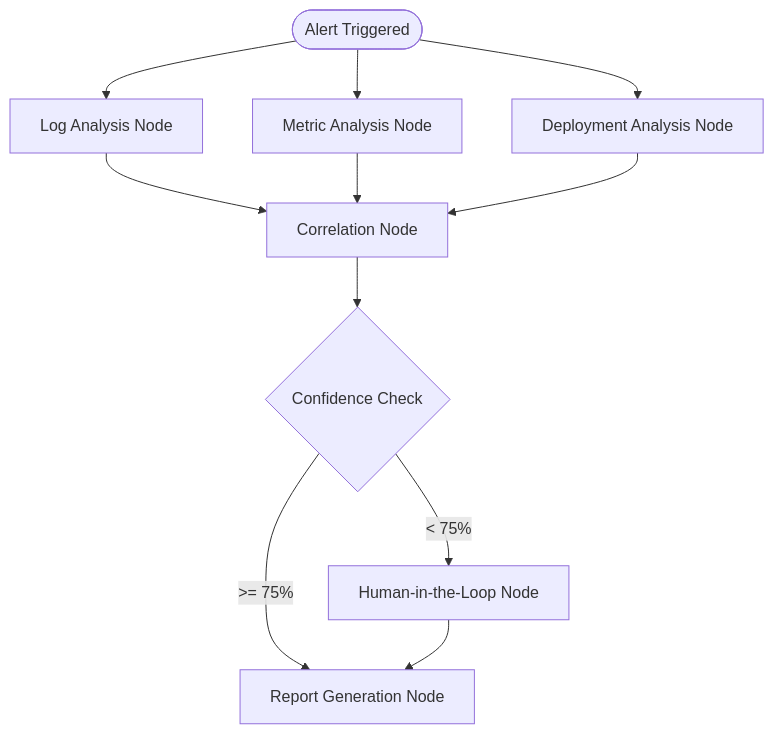
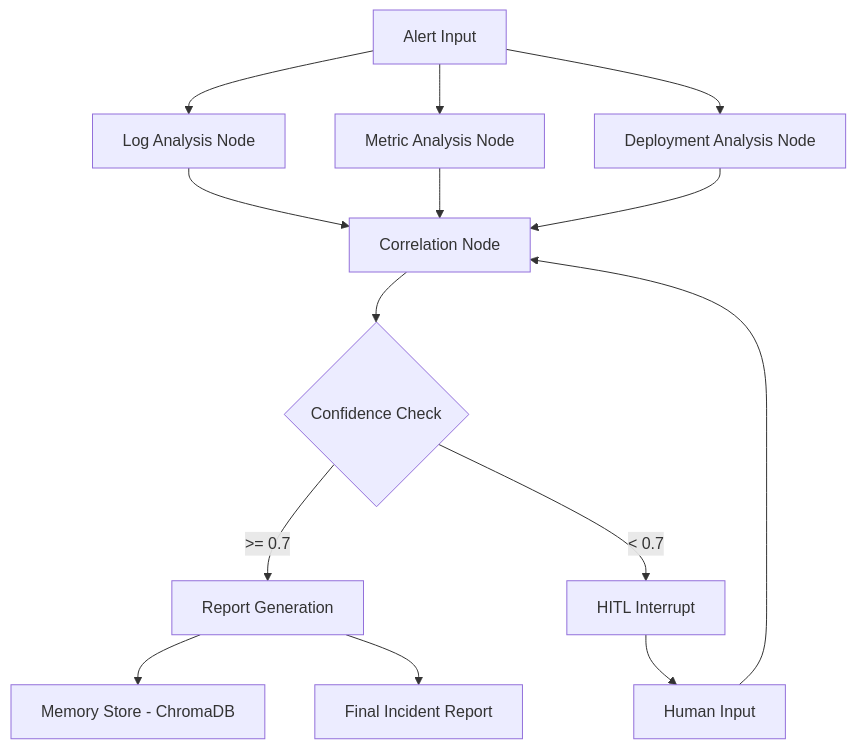
Before and after one commit to Bhavesh-Verma-git/autonomous-incident-agent: the diagram in README.md, drawn with Mermaid. The commit also changed other lines of this file and 12 other files, not shown here.

````diff
--- a/README.md
+++ b/README.md
@@ -8,17 +16,16 @@
 ```mermaid
-flowchart TD
-    A([Alert Triggered]) --> B[Log Analysis Node]
-    A --> C[Metric Analysis Node]
-    A --> D[Deployment Analysis Node]
-    
-    B --> E[Correlation Node]
-    C --> E
-    D --> E
-    
-    E --> F{Confidence Check}
-    
-    F -- "< 75%" --> G[Human-in-the-Loop Node]
-    F -- ">= 75%" --> H[Report Generation Node]
-    
-    G --> H
+  flowchart TD
+      A[Alert Input] --> B[Log Analysis Node]
+      A --> C[Metric Analysis Node]
+      A --> D[Deployment Analysis Node]
+      B --> E[Correlation Node]
+      C --> E
+      D --> E
+      E --> F{Confidence Check}
+      F -->|>= 0.7| G[Report Generation]
+      F -->|< 0.7| H[HITL Interrupt]
+      H --> I[Human Input]
+      I --> E
+      G --> J[Memory Store - ChromaDB]
+      G --> K[Final Incident Report]
 ```
````
